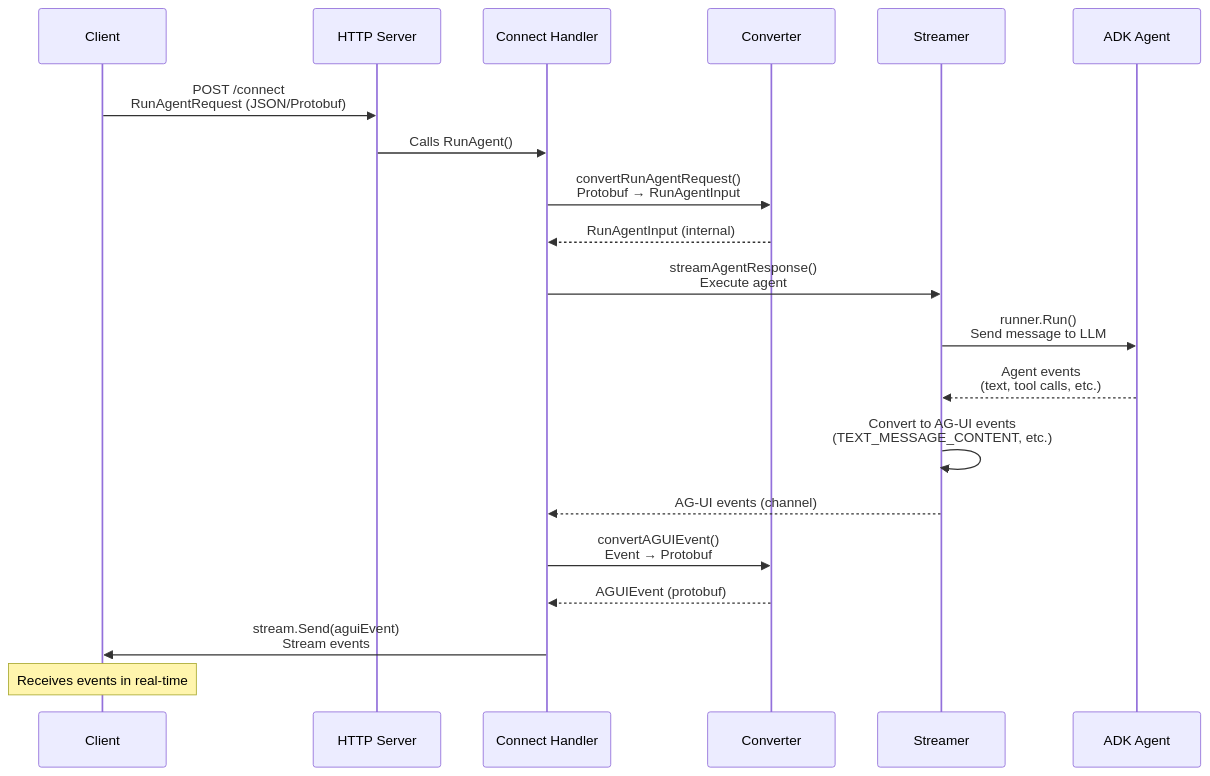
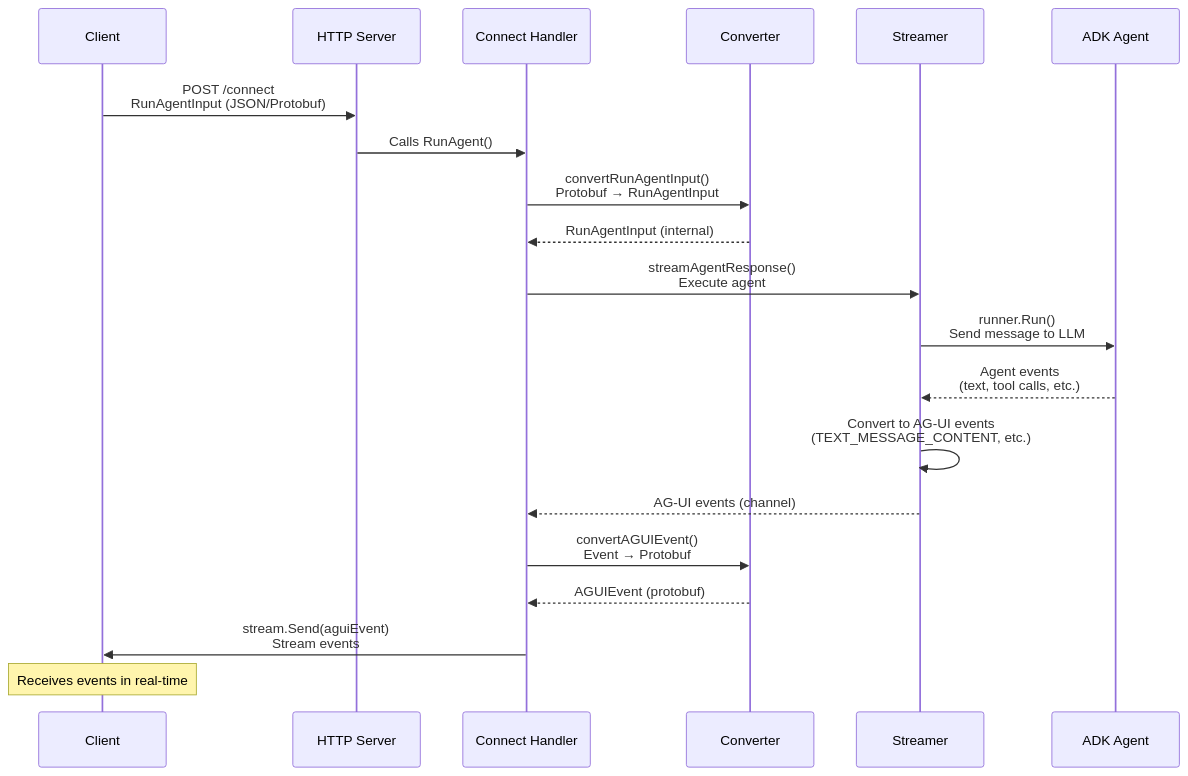
Before and after one commit to alejomartinez8/chatbot-demo: the diagram in agent-go-ag-ui/docs/CONNECT_RPC.md, drawn with Mermaid. The commit also changed other lines of this file and 2 other files, not shown here.

First line of the commit message:
fix: correct Tool and Context conversion in Connect handler

````diff
--- a/agent-go-ag-ui/docs/CONNECT_RPC.md
+++ b/agent-go-ag-ui/docs/CONNECT_RPC.md
@@ -168,28 +168,28 @@
 ```mermaid
 sequenceDiagram
     participant Client
     participant Server as HTTP Server
     participant Connect as Connect Handler
     participant Converter
     participant Streamer
     participant ADK as ADK Agent
     
-    Client->>Server: POST /connect<br/>RunAgentRequest (JSON/Protobuf)
+    Client->>Server: POST /connect<br/>RunAgentInput (JSON/Protobuf)
     Server->>Connect: Calls RunAgent()
     
-    Connect->>Converter: convertRunAgentRequest()<br/>Protobuf → RunAgentInput
+    Connect->>Converter: convertRunAgentInput()<br/>Protobuf → RunAgentInput
     Converter-->>Connect: RunAgentInput (internal)
     
     Connect->>Streamer: streamAgentResponse()<br/>Execute agent
     Streamer->>ADK: runner.Run()<br/>Send message to LLM
     ADK-->>Streamer: Agent events<br/>(text, tool calls, etc.)
     
     Streamer->>Streamer: Convert to AG-UI events<br/>(TEXT_MESSAGE_CONTENT, etc.)
     Streamer-->>Connect: AG-UI events (channel)
     
     Connect->>Converter: convertAGUIEvent()<br/>Event → Protobuf
     Converter-->>Connect: AGUIEvent (protobuf)
     
     Connect->>Client: stream.Send(aguiEvent)<br/>Stream events
     Note over Client: Receives events in real-time
 ```
````
